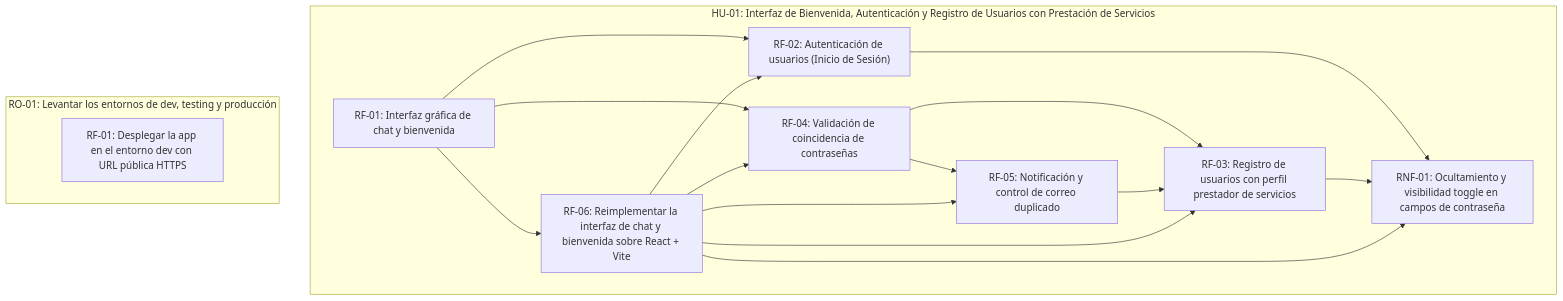
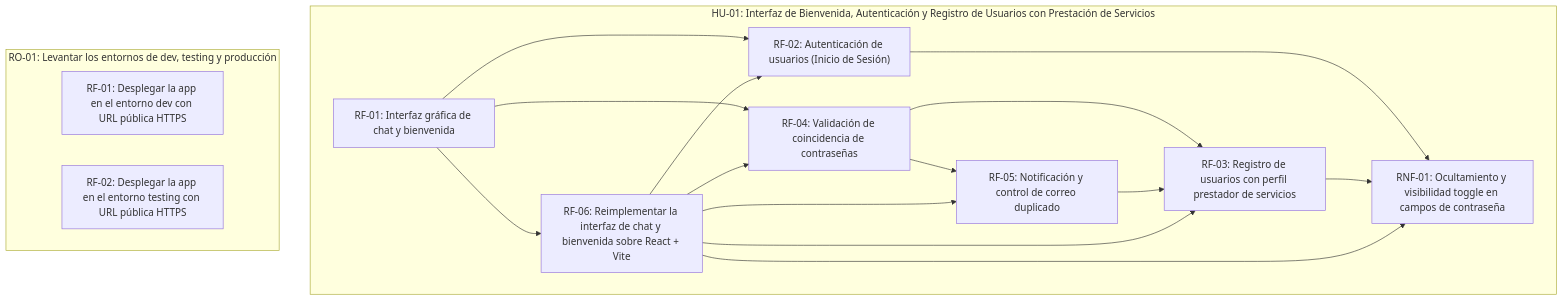
Before and after one commit to fiemcasals/refactoryProfesionales: the diagram in scrumDocs/grafo.md, drawn with Mermaid. The commit also changed other lines of this file, not shown here.

````diff
--- a/scrumDocs/grafo.md
+++ b/scrumDocs/grafo.md
@@ -5,28 +5,29 @@
 ```mermaid
 graph TD
   subgraph US_1785510643692["HU-01: Interfaz de Bienvenida, Autenticación y Registro de Usuarios con Prestación de Servicios"]
     REQ_1785771199977["RF-01: Interfaz gráfica de chat y bienvenida"]
     REQ_1785771214294["RF-02: Autenticación de usuarios (Inicio de Sesión)"]
     REQ_1785771214393["RF-03: Registro de usuarios con perfil prestador de servicios"]
     REQ_1785771214462["RF-04: Validación de coincidencia de contraseñas"]
     REQ_1785771214528["RF-05: Notificación y control de correo duplicado"]
     REQ_1785771214595["RNF-01: Ocultamiento y visibilidad toggle en campos de contraseña"]
     REQ_1790685849827["RF-06: Reimplementar la interfaz de chat y bienvenida sobre React + Vite"]
   end
   subgraph US_1790688869961["RO-01: Levantar los entornos de dev, testing y producción"]
     REQ_1790688869968["RF-01: Desplegar la app en el entorno dev con URL pública HTTPS"]
+    REQ_1790688952068["RF-02: Desplegar la app en el entorno testing con URL pública HTTPS"]
   end
   REQ_1785771199977 --> REQ_1785771214294
   REQ_1790685849827 --> REQ_1785771214294
   REQ_1785771214462 --> REQ_1785771214393
   REQ_1785771214528 --> REQ_1785771214393
   REQ_1790685849827 --> REQ_1785771214393
   REQ_1785771199977 --> REQ_1785771214462
   REQ_1790685849827 --> REQ_1785771214462
   REQ_1785771214462 --> REQ_1785771214528
   REQ_1790685849827 --> REQ_1785771214528
   REQ_1785771214294 --> REQ_1785771214595
   REQ_1785771214393 --> REQ_1785771214595
   REQ_1790685849827 --> REQ_1785771214595
   REQ_1785771199977 --> REQ_1790685849827
 ```
````
